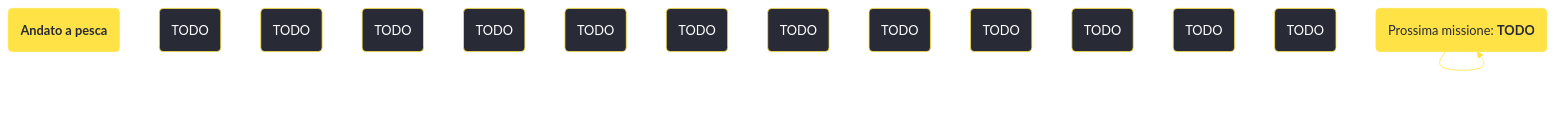
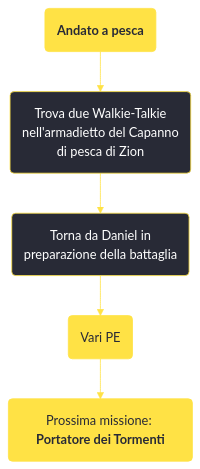
The diagram in content/voci/fallout new vegas/missioni/Andato a pesca.md (persy/wastelander), drawn with Mermaid before and after one commit. The commit also changed 174 other files, not shown here.

````diff
--- a/content/voci/fallout new vegas/missioni/Andato a pesca.md
+++ b/content/voci/fallout new vegas/missioni/Andato a pesca.md
@@ -32,24 +32,15 @@
 ```mermaid
 %%{init: {'theme': 'base', 'themeVariables': { 'primaryColor': '#282a36', 'primaryBorderColor': '#ffe245', 'primaryTextColor': '#fff', 'lineColor': '#ffe245', 'fontFamily': 'Jura'}}}%%
 graph TD;
     id1(<b>Andato a pesca</b>):::questfnv
-    id2(TODO)
-    id3(TODO)
-    id4(TODO)
-    id5(TODO)
-    id6(TODO)
-    id7(TODO) 
-    id8(TODO)
-    id9(TODO)
-    id10(TODO)
-    id11(TODO)
-    id12(TODO)
-    id13(TODO) 
-    id(TODO):::rewardfnv
-    id(Prossima missione: <b>TODO</b>):::questfnv
-    id-->id-->id-->id-->id-->id-->id
+    id2(Trova due Walkie-Talkie <br />nell'armadietto del Capanno <br />di pesca di Zion)
+    id3(Torna da Daniel in <br />preparazione della battaglia)
+    id4(Vari PE):::rewardfnv
+    id5(Prossima missione: <b>Portatore dei Tormenti</b>):::questfnv
     
-    click id "../TODO"
+    id1-->id2-->id3-->id4-->id5
+    
+    click id5 "../portatore-dei-tormenti"
     classDef rewardfnv fill:#ffe245, stroke:#ffe245, color:#282a36;
     classDef questfnv fill:#ffe245, stroke:#ffe245, color:#282a36;
 ```
````
